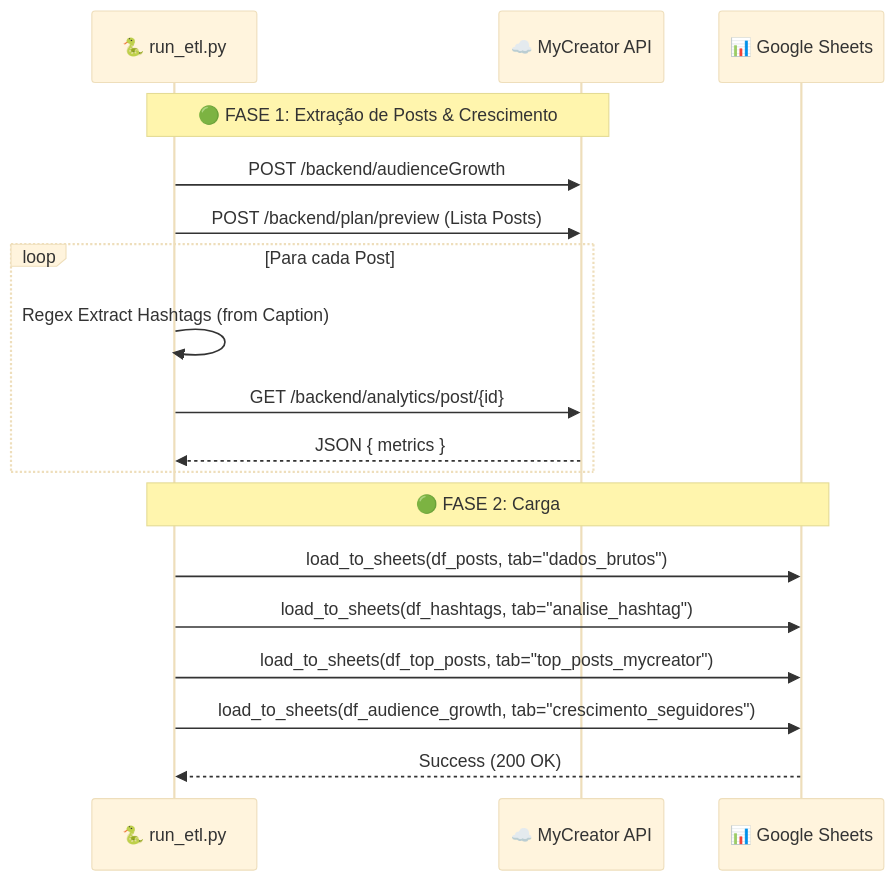
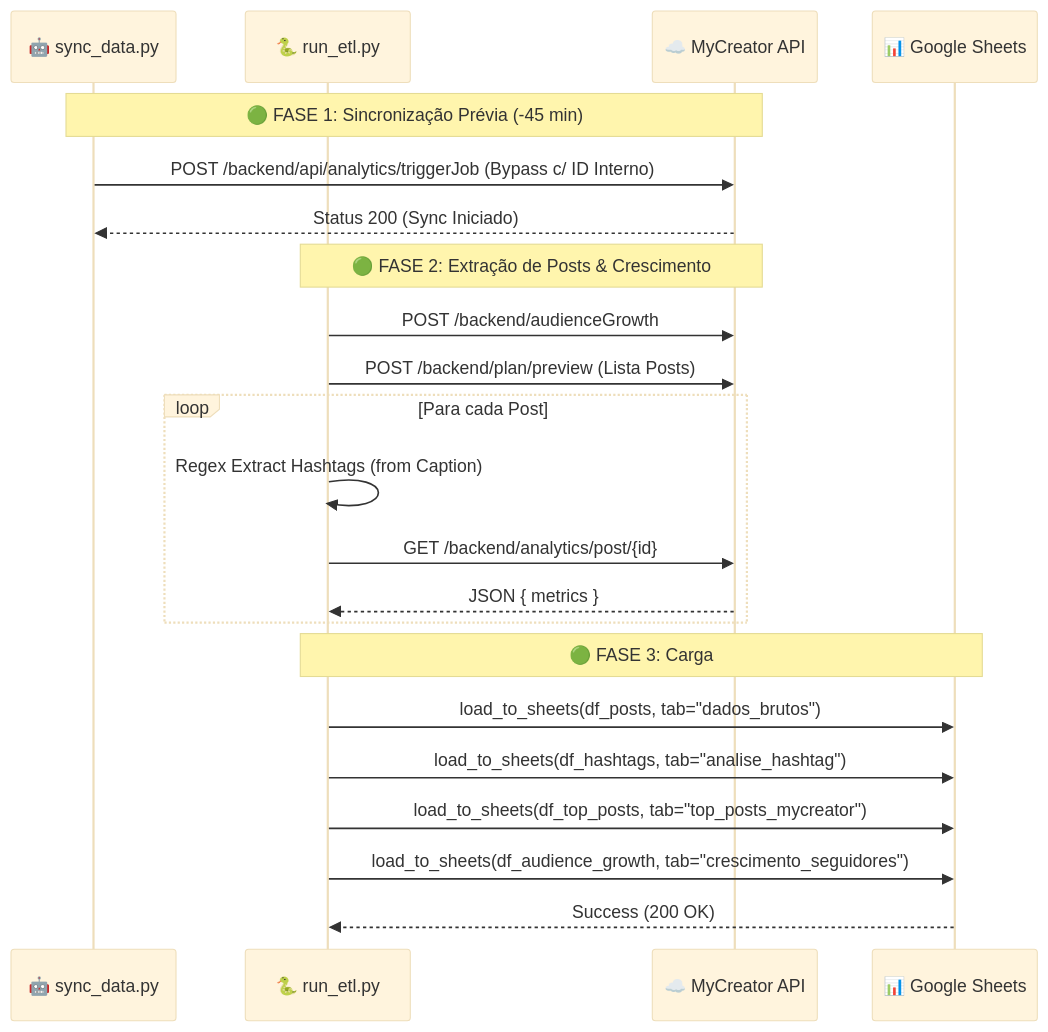
The second of 3 diagrams in Docs/DOC_TECNICA.md (mscarpenter-myside/mycreator-analytics), drawn with Mermaid (base theme) before and after one commit. The commit also changed other lines of this file and 5 other files, not shown here.

First line of the commit message:
feat: sistema de sincronização bypass e particionamento do ETL

````diff
--- a/Docs/DOC_TECNICA.md
+++ b/Docs/DOC_TECNICA.md
@@ -59,22 +61,27 @@
 ```mermaid
 sequenceDiagram
+    participant SYNC as 🤖 sync_data.py
     participant ETL as 🐍 run_etl.py
     participant API as ☁️ MyCreator API
     participant Sheet as 📊 Google Sheets
 
-    Note over ETL, API: 🟢 FASE 1: Extração de Posts & Crescimento
+    Note over SYNC, API: 🟢 FASE 1: Sincronização Prévia (-45 min)
+    SYNC->>API: POST /backend/api/analytics/triggerJob (Bypass c/ ID Interno)
+    API-->>SYNC: Status 200 (Sync Iniciado)
+
+    Note over ETL, API: 🟢 FASE 2: Extração de Posts & Crescimento
     ETL->>API: POST /backend/audienceGrowth
     ETL->>API: POST /backend/plan/preview (Lista Posts)
     loop Para cada Post
         ETL->>ETL: Regex Extract Hashtags (from Caption)
         ETL->>API: GET /backend/analytics/post/{id}
         API-->>ETL: JSON { metrics }
     end
 
-    Note over ETL, Sheet: 🟢 FASE 2: Carga
+    Note over ETL, Sheet: 🟢 FASE 3: Carga
     ETL->>Sheet: load_to_sheets(df_posts, tab="dados_brutos")
     ETL->>Sheet: load_to_sheets(df_hashtags, tab="analise_hashtag")
     ETL->>Sheet: load_to_sheets(df_top_posts, tab="top_posts_mycreator")
     ETL->>Sheet: load_to_sheets(df_audience_growth, tab="crescimento_seguidores")
     Sheet-->>ETL: Success (200 OK)
 ```
````
